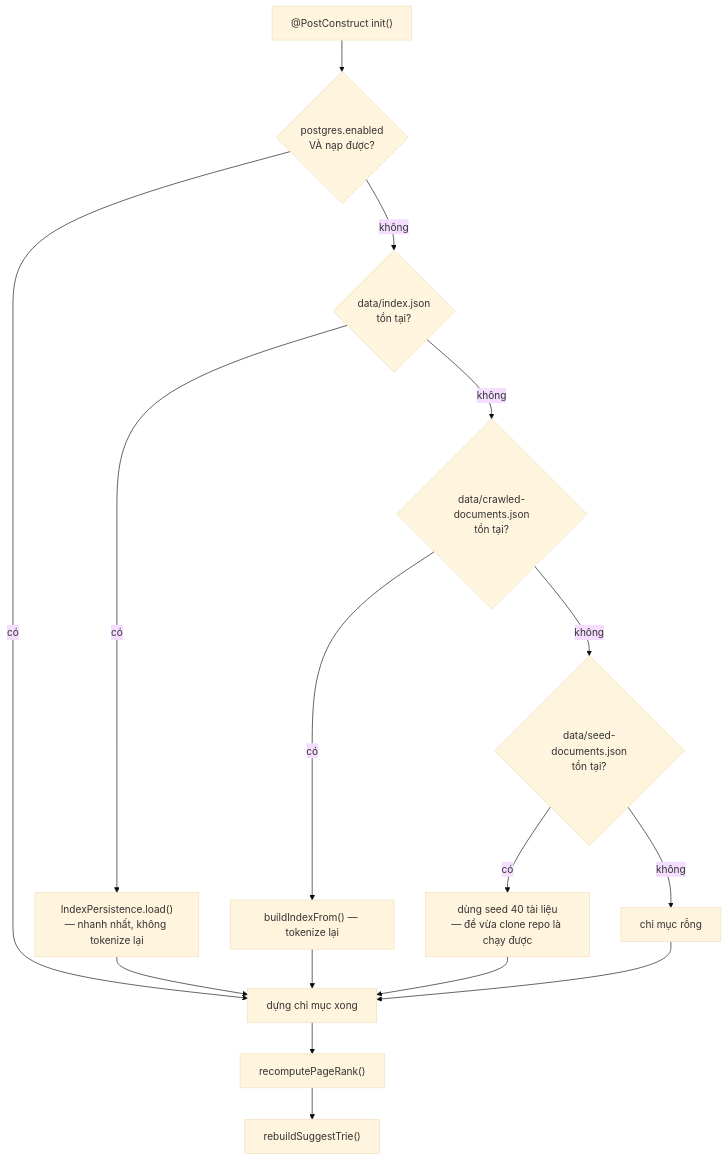
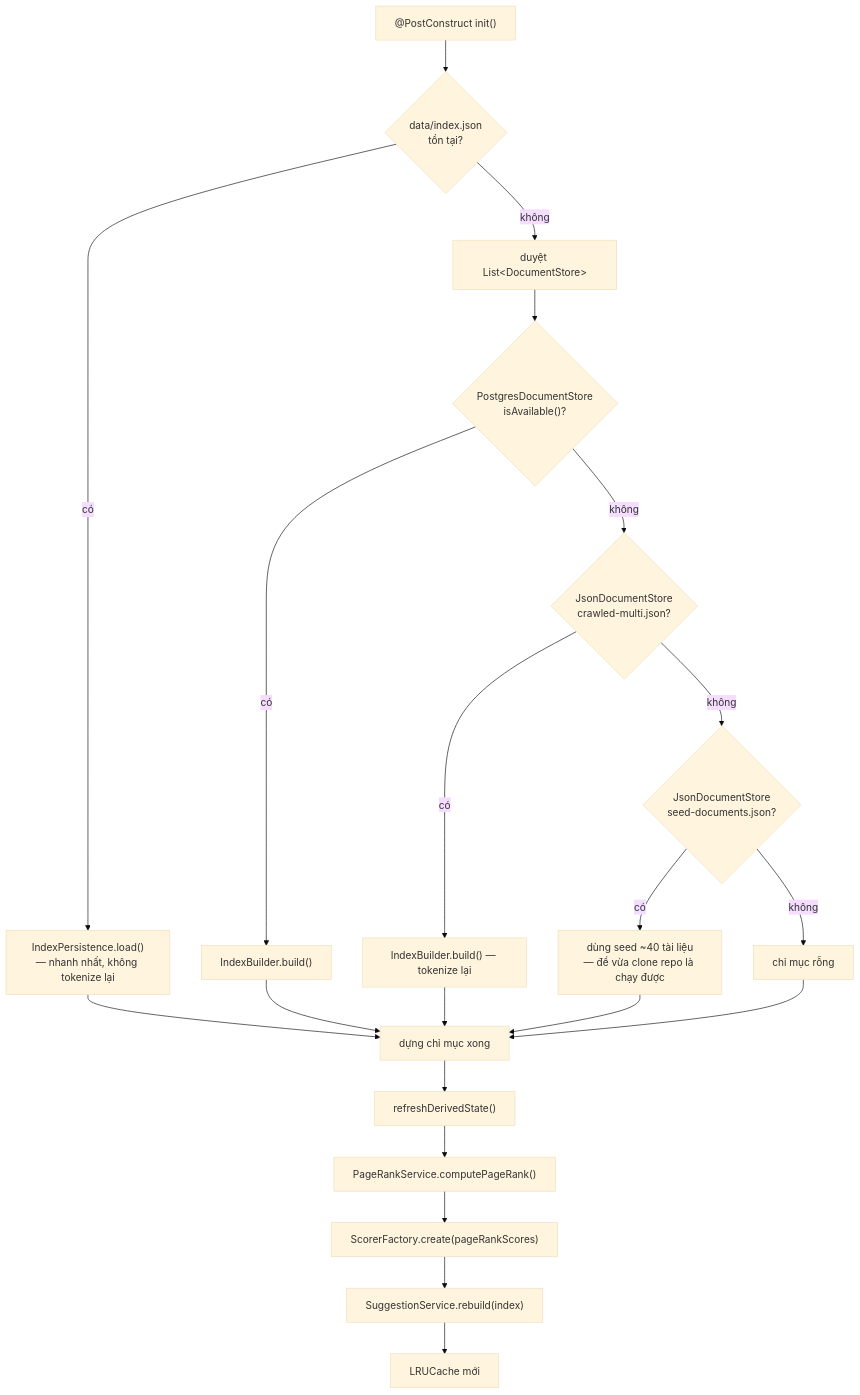
The seventh of 7 diagrams in docs/ARCHITECTURE.md (KietAnhCS/CocCoc-Plus), drawn with Mermaid (base theme) before and after one commit. The commit also changed other lines of this file and 36 other files, not shown here.

````diff
--- a/docs/ARCHITECTURE.md
+++ b/docs/ARCHITECTURE.md
@@ -572,18 +670,23 @@
 ```mermaid
 flowchart TD
-    Start["@PostConstruct init()"] --> PG{"postgres.enabled<br/>VÀ nạp được?"}
-    PG -->|có| Done["dựng chỉ mục xong"]
-    PG -->|không| IndexJson{"data/index.json<br/>tồn tại?"}
+    Start["@PostConstruct init()"] --> IndexJson{"data/index.json<br/>tồn tại?"}
     IndexJson -->|có| Load["IndexPersistence.load()<br/>— nhanh nhất, không tokenize lại"]
-    IndexJson -->|không| Crawled{"data/crawled-documents.json<br/>tồn tại?"}
-    Crawled -->|có| Build1["buildIndexFrom() — tokenize lại"]
-    Crawled -->|không| SeedJson{"data/seed-documents.json<br/>tồn tại?"}
-    SeedJson -->|có| Build2["dùng seed 40 tài liệu<br/>— để vừa clone repo là chạy được"]
+    IndexJson -->|không| Chain["duyệt List&lt;DocumentStore&gt;"]
+    Chain --> PG{"PostgresDocumentStore<br/>isAvailable()?"}
+    PG -->|có| Build0["IndexBuilder.build()"]
+    PG -->|không| Crawled{"JsonDocumentStore<br/>crawled-multi.json?"}
+    Crawled -->|có| Build1["IndexBuilder.build() — tokenize lại"]
+    Crawled -->|không| SeedJson{"JsonDocumentStore<br/>seed-documents.json?"}
+    SeedJson -->|có| Build2["dùng seed ~40 tài liệu<br/>— để vừa clone repo là chạy được"]
     SeedJson -->|không| Empty["chỉ mục rỗng"]
-    Load --> Done
+    Load --> Done["dựng chỉ mục xong"]
+    Build0 --> Done
     Build1 --> Done
     Build2 --> Done
     Empty --> Done
-    Done --> PR["recomputePageRank()"]
-    PR --> TrieB["rebuildSuggestTrie()"]
+    Done --> Refresh["refreshDerivedState()"]
+    Refresh --> PR["PageRankService.computePageRank()"]
+    PR --> Fact["ScorerFactory.create(pageRankScores)"]
+    Fact --> TrieB["SuggestionService.rebuild(index)"]
+    TrieB --> CacheR["LRUCache mới"]
 ```
````
